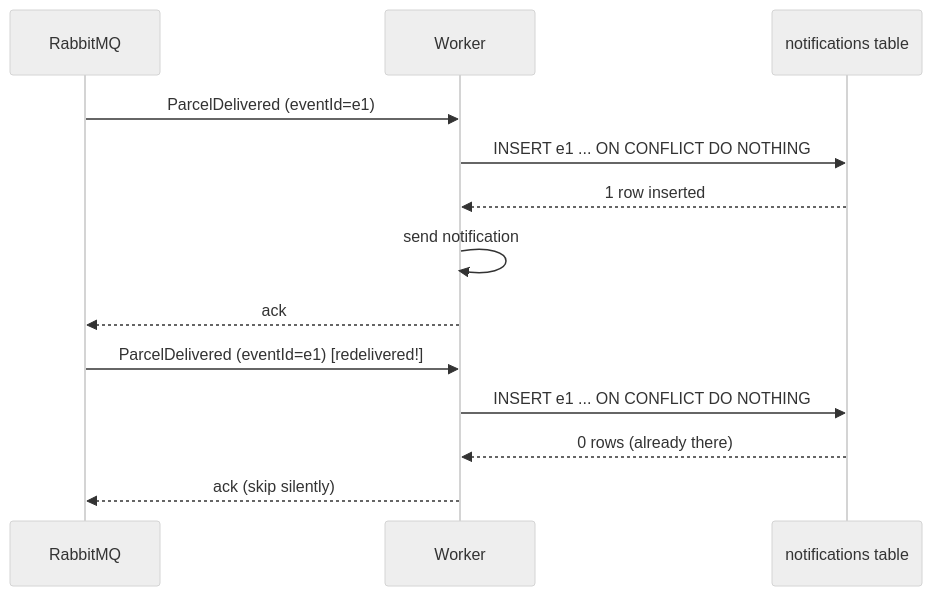
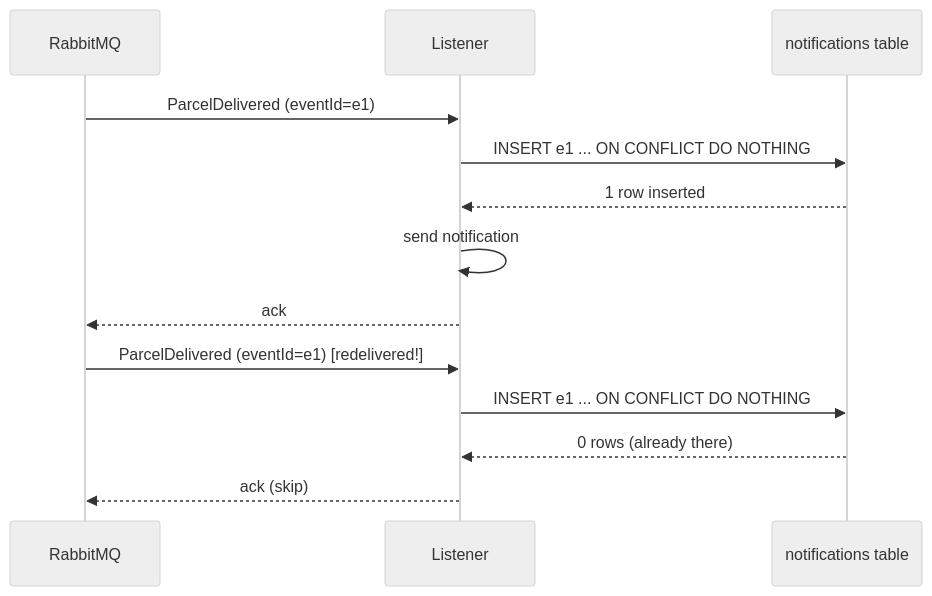
Before and after one commit to kevin-voss/learning-project: the diagram in tracks/spring-boot/topics/12-queues/idempotency-lab.md, drawn with Mermaid (neutral theme). The commit also changed other lines of this file and 85 other files, not shown here.

````diff
--- a/tracks/spring-boot/topics/12-queues/idempotency-lab.md
+++ b/tracks/spring-boot/topics/12-queues/idempotency-lab.md
@@ -77,15 +50,15 @@
 ```mermaid
 sequenceDiagram
   participant Q as RabbitMQ
-  participant W as Worker
+  participant W as Listener
   participant DB as notifications table
   Q->>W: ParcelDelivered (eventId=e1)
   W->>DB: INSERT e1 ... ON CONFLICT DO NOTHING
   DB-->>W: 1 row inserted
   W->>W: send notification
   W-->>Q: ack
-  Q->>W: ParcelDelivered (eventId=e1)  [redelivered!]
+  Q->>W: ParcelDelivered (eventId=e1) [redelivered!]
   W->>DB: INSERT e1 ... ON CONFLICT DO NOTHING
   DB-->>W: 0 rows (already there)
-  W-->>Q: ack (skip silently)
+  W-->>Q: ack (skip)
 ```
````
